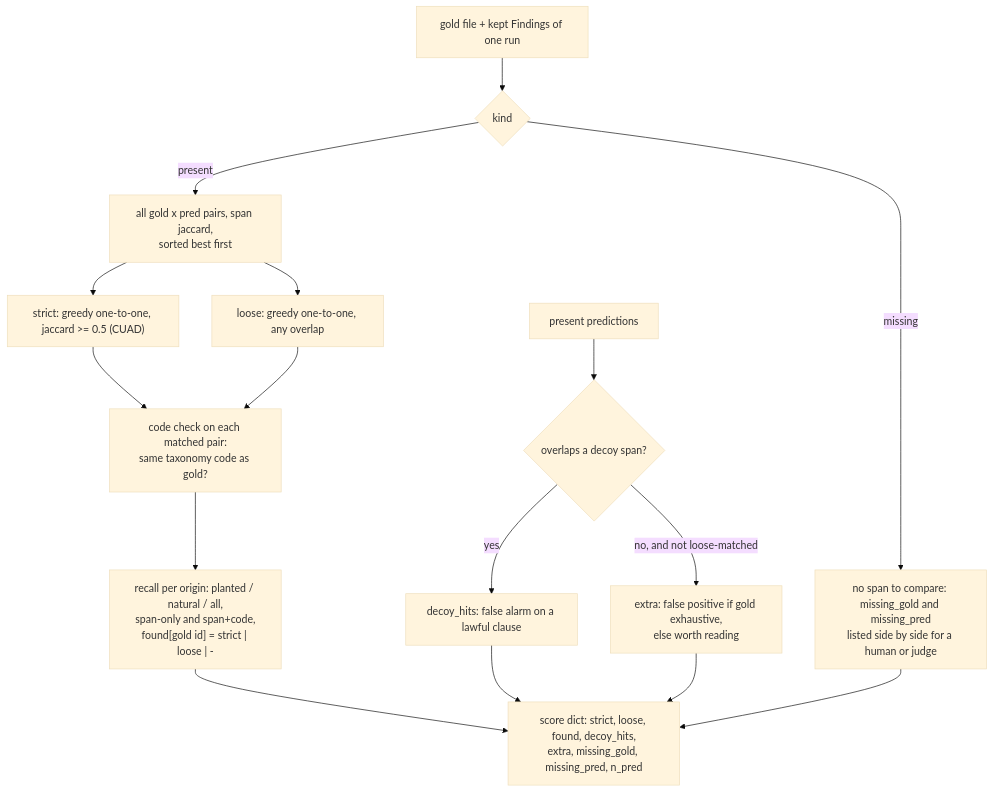
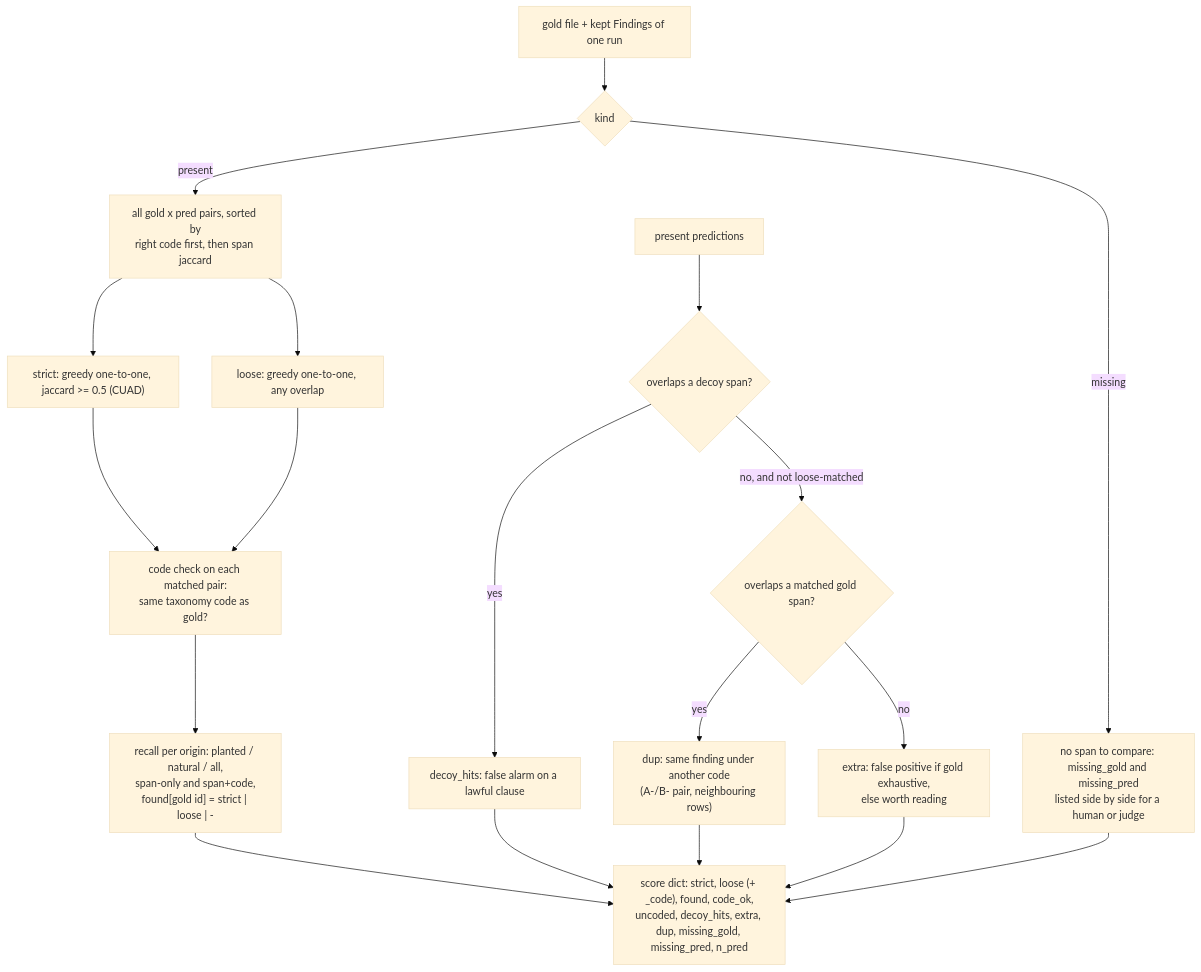
Before and after one commit to hoanglax/ContractRiskAnalyzer: the diagram in docs/diagrams/m3_score.mmd, drawn with Mermaid (base theme). The commit also changed 7 other files, not shown here.

Commit message:
docs: M3 diagrams match the code (closed-set gate, retries, code-aware scoring)

```diff
--- a/docs/diagrams/m3_score.mmd
+++ b/docs/diagrams/m3_score.mmd
@@ -1,16 +1,19 @@
 graph TB
     IN["gold file + kept Findings of one run"] --> SPLIT{"kind"}
-    SPLIT -->|present| PAIRS["all gold x pred pairs, span jaccard,<br/>sorted best first"]
+    SPLIT -->|present| PAIRS["all gold x pred pairs, sorted by<br/>right code first, then span jaccard"]
     SPLIT -->|missing| MIS["no span to compare: missing_gold and missing_pred<br/>listed side by side for a human or judge"]
     PAIRS --> ST["strict: greedy one-to-one, jaccard >= 0.5 (CUAD)"]
     PAIRS --> LO["loose: greedy one-to-one, any overlap"]
     ST --> CODE["code check on each matched pair:<br/>same taxonomy code as gold?"]
     LO --> CODE
     CODE --> REC["recall per origin: planted / natural / all,<br/>span-only and span+code,<br/>found[gold id] = strict | loose | -"]
     PRED["present predictions"] --> DEC{"overlaps a decoy span?"}
     DEC -->|yes| DH["decoy_hits: false alarm on a lawful clause"]
-    DEC -->|"no, and not loose-matched"| EX["extra: false positive if gold exhaustive,<br/>else worth reading"]
-    REC --> OUT["score dict: strict, loose, found, decoy_hits,<br/>extra, missing_gold, missing_pred, n_pred"]
+    DEC -->|"no, and not loose-matched"| DUPQ{"overlaps a matched gold span?"}
+    DUPQ -->|yes| DUP["dup: same finding under another code<br/>(A-/B- pair, neighbouring rows)"]
+    DUPQ -->|no| EX["extra: false positive if gold exhaustive,<br/>else worth reading"]
+    REC --> OUT["score dict: strict, loose (+ _code), found, code_ok,<br/>uncoded, decoy_hits, extra, dup, missing_gold, missing_pred, n_pred"]
+    DUP --> OUT
     DH --> OUT
     EX --> OUT
     MIS --> OUT
```
